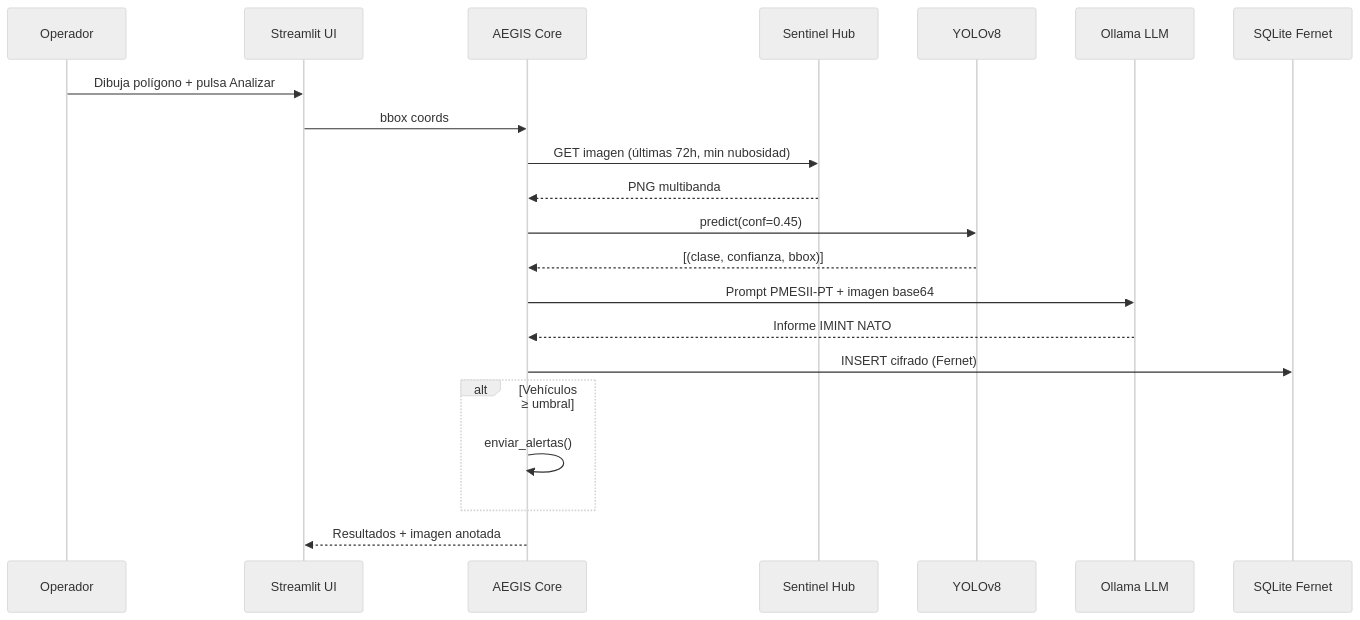
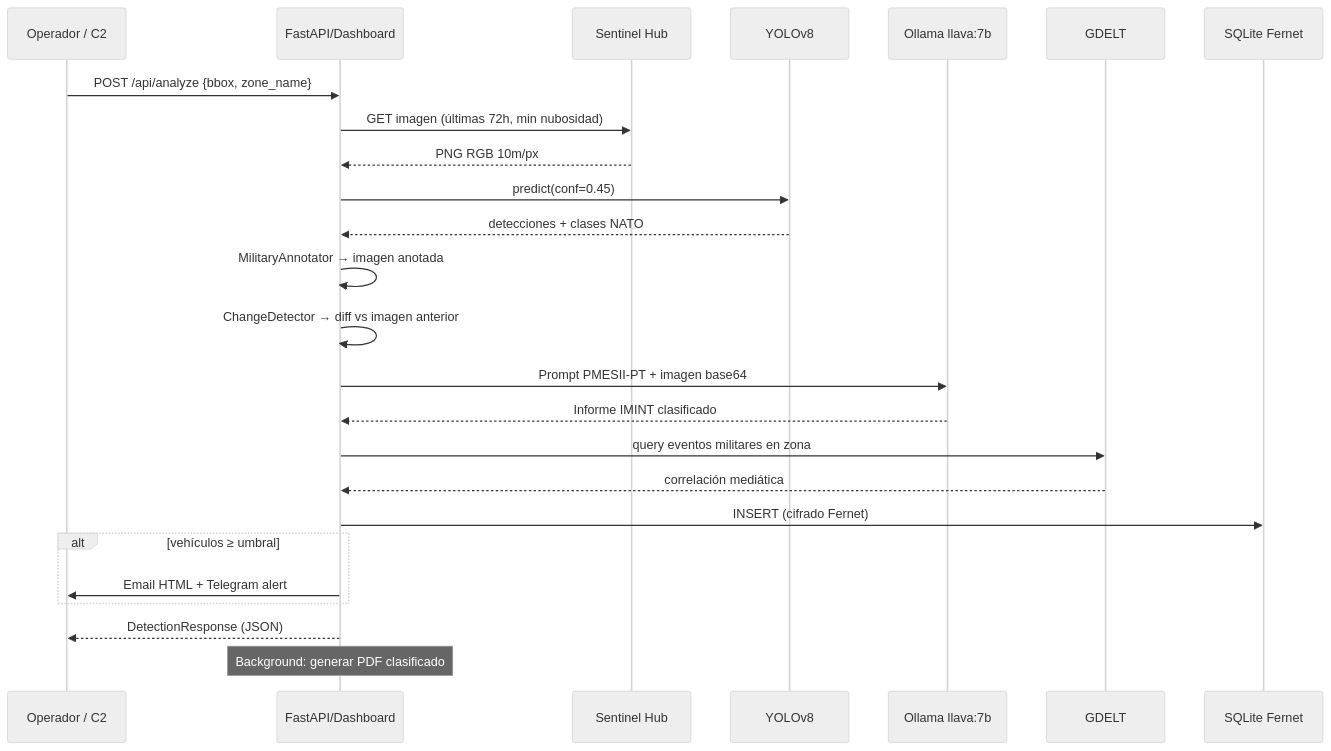
Before and after one commit to murdok1982/MonitoreoSatelitalMilitar: the second of 2 diagrams in README.md, drawn with Mermaid (neutral theme). The commit also changed other lines of this file, not shown here.

Commit message:
docs: README v3.0 — full architecture, all 8 improvements, API docs

````diff
--- a/README.md
+++ b/README.md
@@ -52,24 +97,28 @@
 ```mermaid
 sequenceDiagram
-    participant Op as Operador
-    participant UI as Streamlit UI
-    participant Core as AEGIS Core
+    participant Op as Operador / C2
+    participant API as FastAPI/Dashboard
     participant SH as Sentinel Hub
-    participant YOLO as YOLOv8
-    participant LLM as Ollama LLM
+    participant YOLOv8
+    participant LLM as Ollama llava:7b
+    participant GDELT
     participant DB as SQLite Fernet
 
-    Op->>UI: Dibuja polígono + pulsa Analizar
-    UI->>Core: bbox coords
-    Core->>SH: GET imagen (últimas 72h, min nubosidad)
-    SH-->>Core: PNG multibanda
-    Core->>YOLO: predict(conf=0.45)
-    YOLO-->>Core: [(clase, confianza, bbox)]
-    Core->>LLM: Prompt PMESII-PT + imagen base64
-    LLM-->>Core: Informe IMINT NATO
-    Core->>DB: INSERT cifrado (Fernet)
-    alt Vehículos ≥ umbral
-        Core->>Core: enviar_alertas()
+    Op->>API: POST /api/analyze {bbox, zone_name}
+    API->>SH: GET imagen (últimas 72h, min nubosidad)
+    SH-->>API: PNG RGB 10m/px
+    API->>YOLOv8: predict(conf=0.45)
+    YOLOv8-->>API: detecciones + clases NATO
+    API->>API: MilitaryAnnotator → imagen anotada
+    API->>API: ChangeDetector → diff vs imagen anterior
+    API->>LLM: Prompt PMESII-PT + imagen base64
+    LLM-->>API: Informe IMINT clasificado
+    API->>GDELT: query eventos militares en zona
+    GDELT-->>API: correlación mediática
+    API->>DB: INSERT (cifrado Fernet)
+    alt vehículos ≥ umbral
+        API->>Op: Email HTML + Telegram alert
     end
-    Core-->>UI: Resultados + imagen anotada
+    API-->>Op: DetectionResponse (JSON)
+    Note over API: Background: generar PDF clasificado
 ```
````
